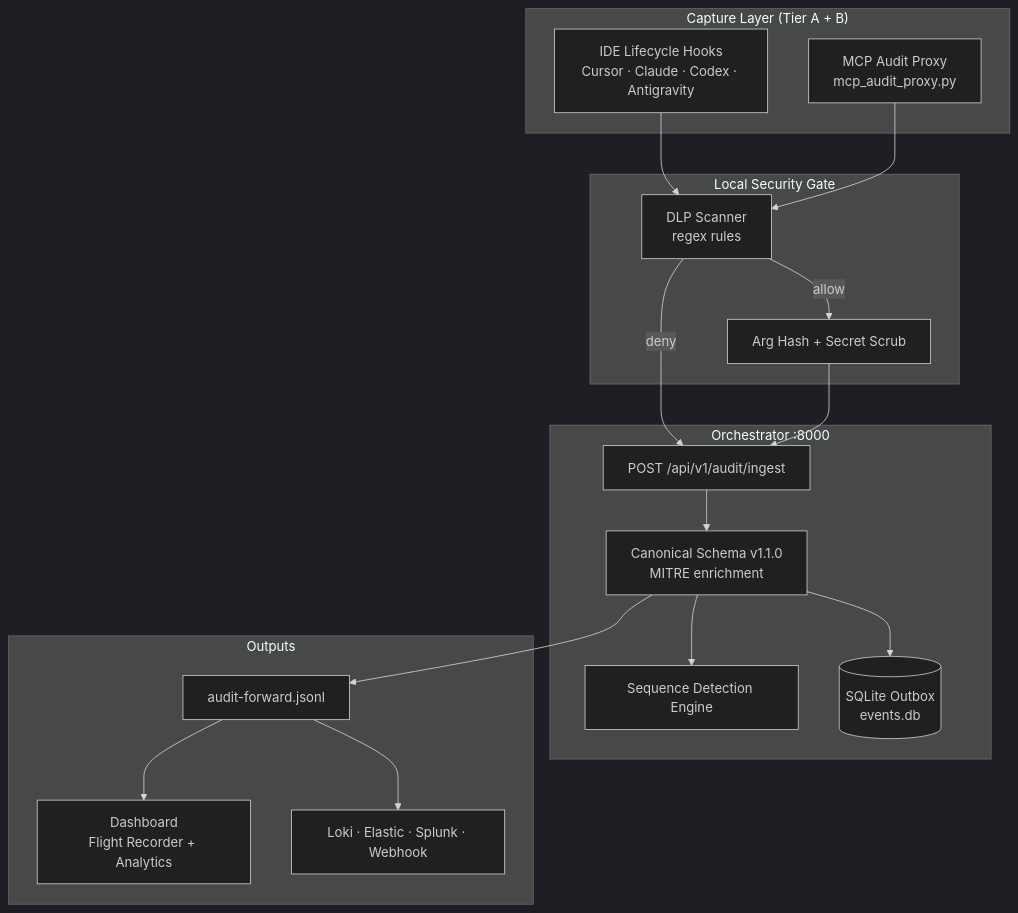
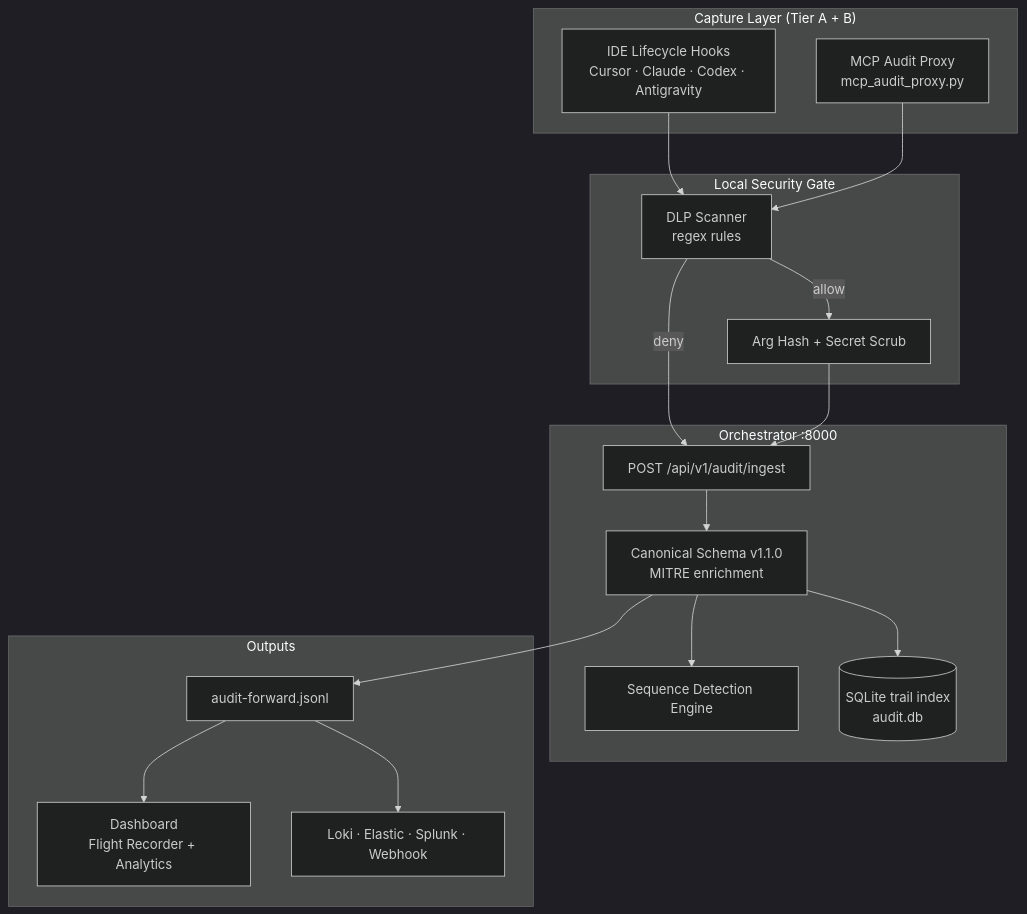
One commit to blitzcrieg1/agentmetry changed the first of 4 diagrams in README.md. Above: the diagram before and after it, drawn with Mermaid (dark theme). The commit also changed other lines of this file and 3 other files, not shown here.

````diff
--- a/README.md
+++ b/README.md
@@ -215,37 +218,37 @@
 ```mermaid
 flowchart TB
   subgraph Capture["Capture Layer (Tier A + B)"]
     HOOKS["IDE Lifecycle Hooks<br/>Cursor · Claude · Codex · Antigravity"]
     PROXY["MCP Audit Proxy<br/>mcp_audit_proxy.py"]
   end
 
   subgraph Gate["Local Security Gate"]
     DLP["DLP Scanner<br/>regex rules"]
     HASH["Arg Hash + Secret Scrub"]
   end
 
   subgraph Core["Orchestrator :8000"]
     INGEST["POST /api/v1/audit/ingest"]
     CANON["Canonical Schema v1.1.0<br/>MITRE enrichment"]
     DETECT["Sequence Detection Engine"]
-    OUTBOX[("SQLite Outbox<br/>events.db")]
+    TRAILDB[("SQLite trail index<br/>audit.db")]
   end
 
   subgraph Output["Outputs"]
     JSONL["audit-forward.jsonl"]
     DASH["Dashboard<br/>Flight Recorder + Analytics"]
     SIEM["Loki · Elastic · Splunk · Webhook"]
   end
 
   HOOKS --> DLP
   PROXY --> DLP
   DLP -->|allow| HASH
   DLP -->|deny| INGEST
   HASH --> INGEST
   INGEST --> CANON
-  CANON --> OUTBOX
+  CANON --> TRAILDB
   CANON --> JSONL
   CANON --> DETECT
   JSONL --> DASH
   JSONL --> SIEM
 ```
````
